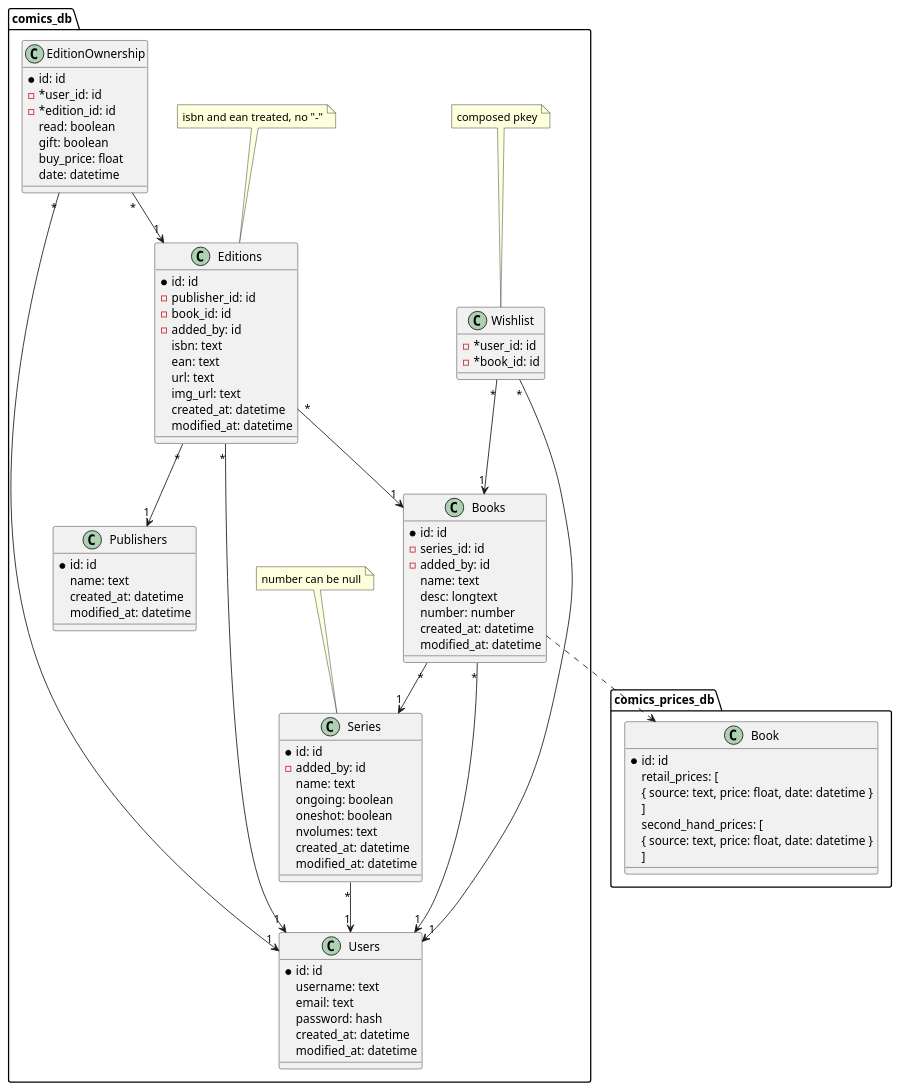
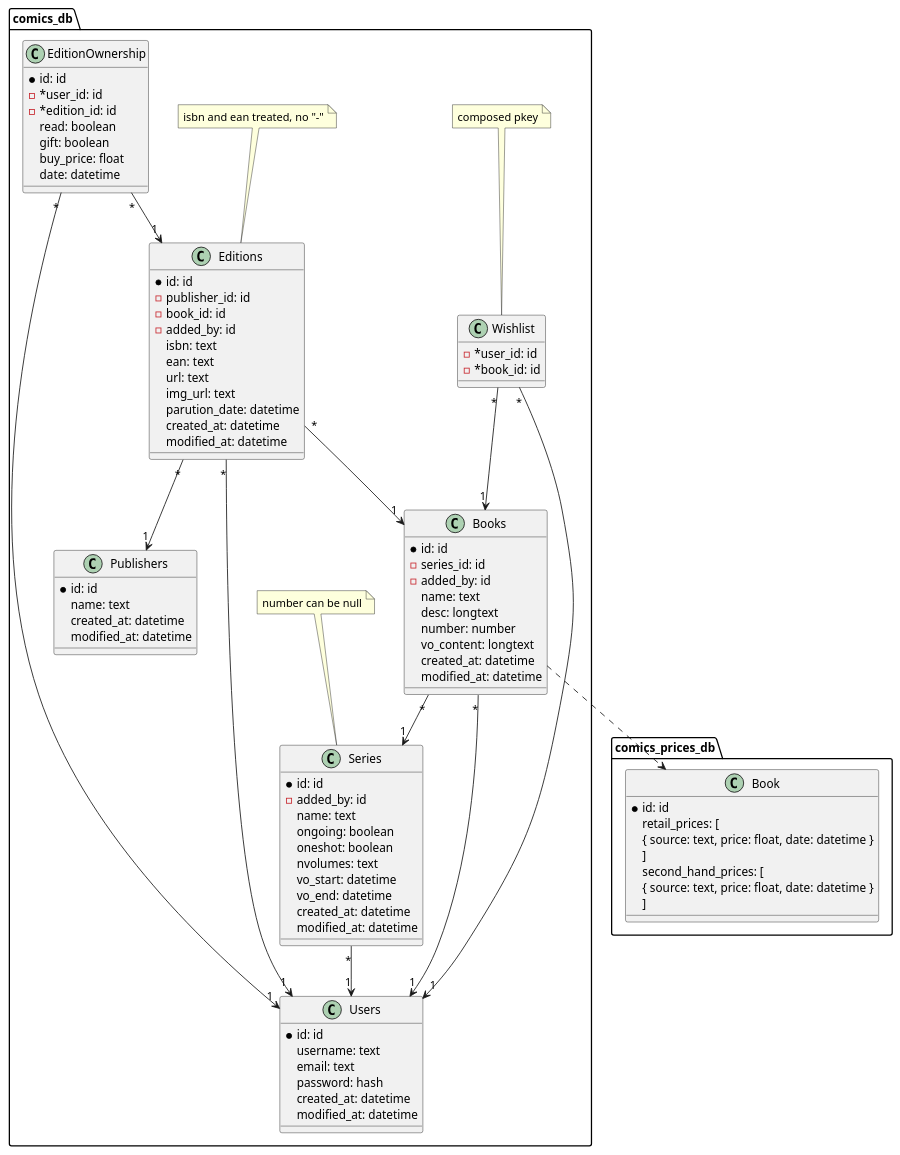
Before and after one commit to StutenEXE/comics-engineering: the diagram in db/mcd.puml, drawn with PlantUML. The commit also changed 5 other files, not shown here.

```diff
--- a/db/mcd.puml
+++ b/db/mcd.puml
@@ -1,102 +1,106 @@
 @startuml mcd comics engineering
 
 package comics_db {
     class Users {
         *id: id
         username: text
         email: text
         password: hash
         created_at: datetime
         modified_at: datetime
     }
 
     class Books {
         *id: id
         -series_id: id
         -added_by: id
         name: text
         desc: longtext
         number: number
+        vo_content: longtext
         created_at: datetime
         modified_at: datetime
     }
 
     class Editions {
         *id: id
         -publisher_id: id
         -book_id: id
         -added_by: id
         isbn: text
         ean: text
         url: text
         img_url: text
+        parution_date: datetime
         created_at: datetime
         modified_at: datetime
     }
     note top: isbn and ean treated, no "-"
 
     class Series {
         *id: id
         -added_by: id
         name: text
         ongoing: boolean
         oneshot: boolean
         nvolumes: text
+        vo_start: datetime
+        vo_end: datetime
         created_at: datetime
         modified_at: datetime
     }
     note top: number can be null
 
     class Publishers {
         *id: id
         name: text
         created_at: datetime
         modified_at: datetime
     }
 	
 	class EditionOwnership {
         *id: id
         - *user_id: id
         - *edition_id: id
         read: boolean
         gift: boolean
         buy_price: float
         date: datetime
     }
 
     class Wishlist {
         - *user_id: id
         - *book_id: id
     }
     note top: composed pkey
 }
 
 package comics_prices_db {
     class Book {
         *id: id
         retail_prices: [
             { source: text, price: float, date: datetime }
         ]
         second_hand_prices: [
             { source: text, price: float, date: datetime }
         ]
     }
 }
 
 EditionOwnership "*" --> "1" Editions
 EditionOwnership "*" --> "1" Users
 
 Wishlist "*" --> "1" comics_db.Books
 Wishlist "*" --> "1" Users
 
 Editions "*" --> "1" comics_db.Books
 Editions "*" --> "1" Publishers
 Editions "*" --> "1" Users
 
 comics_db.Books "*" --> "1" Series
 comics_db.Books "*" --> "1" Users
 comics_db.Books ..> comics_prices_db.Book
 
 comics_db.Series "*" --> "1" Users
 
 @enduml
```
